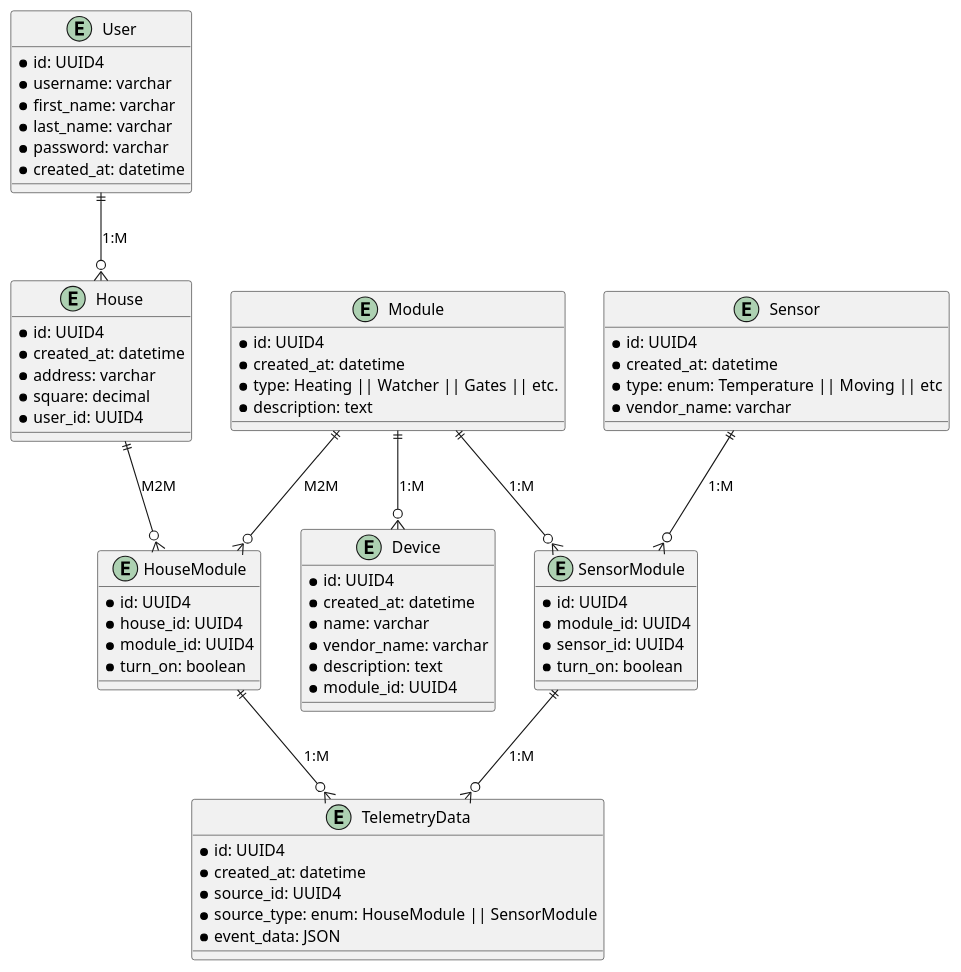
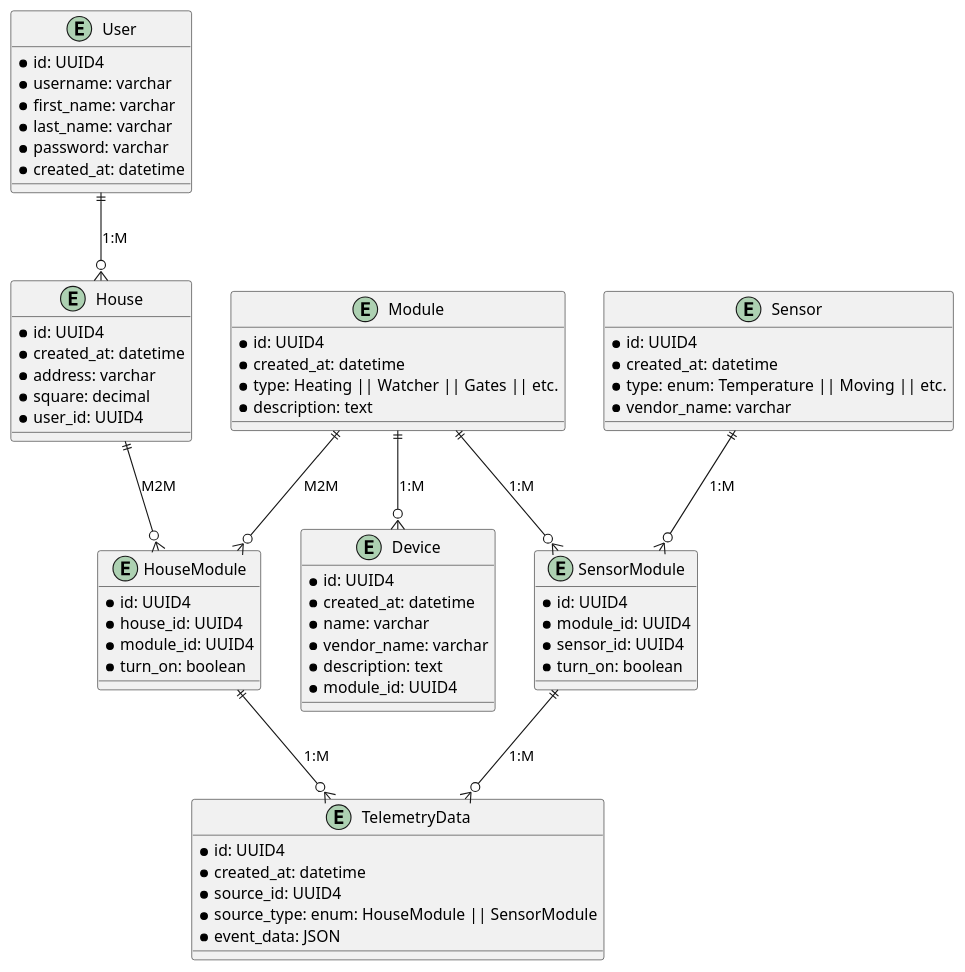
One commit to fireflysmk/architecture-sprint-3 changed the diagram in smart-home-monolith/diagrams/ER_CleverVillageSystem.puml. Above: the diagram before and after it, drawn with PlantUML.

Commit message:
improvements er diagram

```diff
--- a/smart-home-monolith/diagrams/ER_CleverVillageSystem.puml
+++ b/smart-home-monolith/diagrams/ER_CleverVillageSystem.puml
@@ -1,74 +1,74 @@
 @startuml
 entity "User" {
     *id: UUID4
     *username: varchar
     *first_name: varchar
     *last_name: varchar
     *password: varchar
     *created_at: datetime
 }
 
 entity "House" {
     *id: UUID4
     *created_at: datetime
     *address: varchar
     *square: decimal
     *user_id: UUID4
 }
 
 entity "Module" {
     *id: UUID4
     *created_at: datetime
     *type: Heating || Watcher || Gates || etc.
     *description: text
 }
 
 entity "HouseModule" {
     *id: UUID4
     *house_id: UUID4
     *module_id: UUID4
     *turn_on: boolean
 }
 
 entity "SensorModule" {
     *id: UUID4
     *module_id: UUID4
     *sensor_id: UUID4
     *turn_on: boolean
 }
 
 entity "Device" {
     *id: UUID4
     *created_at: datetime
     *name: varchar
     *vendor_name: varchar
     *description: text
     *module_id: UUID4
 }
 
 entity "Sensor" {
     *id: UUID4
     *created_at: datetime
-    *type: enum: Temperature || Moving || etc
+    *type: enum: Temperature || Moving || etc.
     *vendor_name: varchar
 }
 
 entity "TelemetryData" {
     *id: UUID4
     *created_at: datetime
     *source_id: UUID4
     *source_type: enum: HouseModule || SensorModule
     *event_data: JSON
 }
 
 User ||--o{ House : "1:M"
 House ||--o{ HouseModule : "M2M"
 Module ||--o{ HouseModule : "M2M"
 Module ||--o{ Device : "1:M"
 
 Module ||--o{ SensorModule : "1:M"
 Sensor ||--o{ SensorModule : "1:M"
 
 SensorModule ||--o{ TelemetryData : "1:M"
 HouseModule ||--o{ TelemetryData : "1:M"
 @enduml
```
